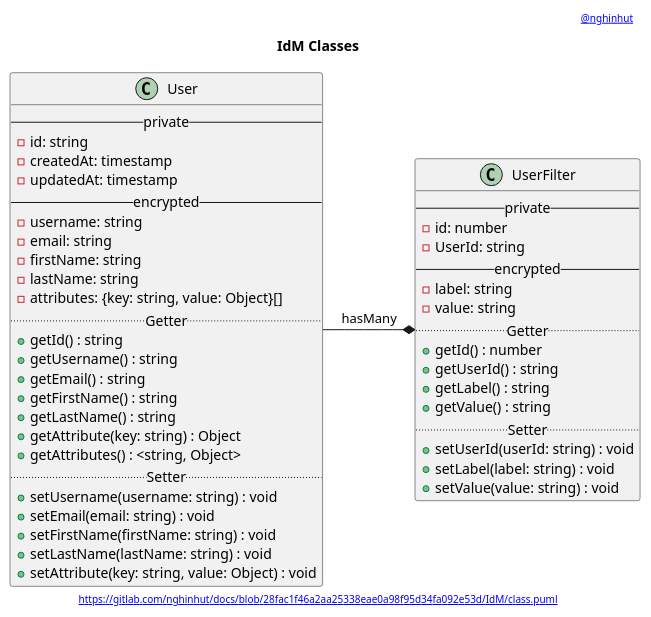
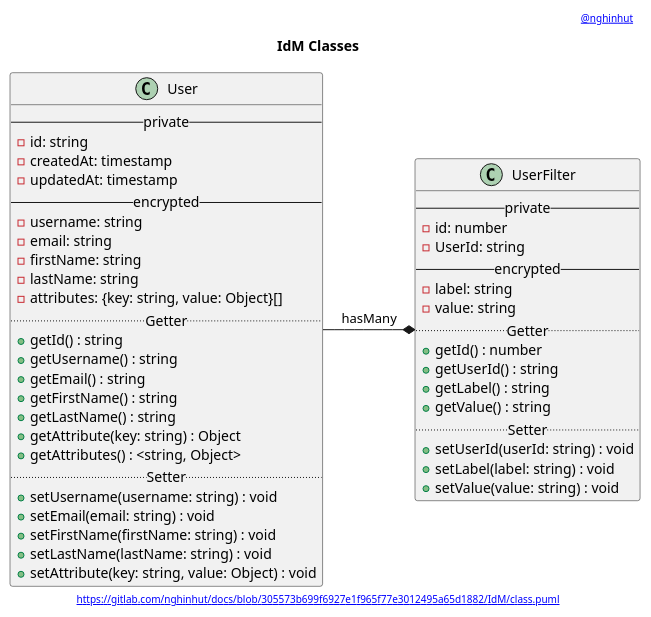
The diagram in IdM/class.puml (nghinhut/docs), drawn with PlantUML before and after one commit. The commit also changed 17 other files, not shown here.

Commit message:
Update diagrams

```diff
--- a/IdM/class.puml
+++ b/IdM/class.puml
@@ -1,56 +1,56 @@
 @startuml
 '-----START auto generated metadata please keep comment here to allow auto update-----
 '-----DON'T EDIT THIS SECTION, INSTEAD RE-RUN prebuild.sh TO UPDATE-----
-header [[www.nghinhut.dev?from=http%5C%3A%5C%2F%5C%2Fwww%5C.plantuml%5C.com%5C%2Fplantuml%5C%2Fproxy%3Ffmt%3Dsvg%5C%26src%3Dhttps%5C%3A%5C%2F%5C%2Fgitlab%5C.com%5C%2Fnghinhut%5C%2Fdocs%5C%2Fraw%5C%2F28fac1f46a2aa25338eae0a98f95d34fa092e53d%5C%2FIdM%5C%2Fclass%5C.puml%0A @nghinhut]]
-footer [[http://www.plantuml.com/plantuml/proxy?fmt=svg&src=https://gitlab.com/nghinhut/docs/raw/28fac1f46a2aa25338eae0a98f95d34fa092e53d/IdM/class.puml https://gitlab.com/nghinhut/docs/blob/28fac1f46a2aa25338eae0a98f95d34fa092e53d/IdM/class.puml]]
+header [[www.nghinhut.dev?from=http%5C%3A%5C%2F%5C%2Fwww%5C.plantuml%5C.com%5C%2Fplantuml%5C%2Fproxy%3Ffmt%3Dsvg%5C%26src%3Dhttps%5C%3A%5C%2F%5C%2Fgitlab%5C.com%5C%2Fnghinhut%5C%2Fdocs%5C%2Fraw%5C%2F305573b699f6927e1f965f77e3012495a65d1882%5C%2FIdM%5C%2Fclass%5C.puml%0A @nghinhut]]
+footer [[http://www.plantuml.com/plantuml/proxy?fmt=svg&src=https://gitlab.com/nghinhut/docs/raw/305573b699f6927e1f965f77e3012495a65d1882/IdM/class.puml https://gitlab.com/nghinhut/docs/blob/305573b699f6927e1f965f77e3012495a65d1882/IdM/class.puml]]
 '-----END auto generated metadata please keep comment here to allow auto update-----
 title IdM Classes
 
 class "User" as user {
     -- private --
     - id: string
     - createdAt: timestamp
     - updatedAt: timestamp
     -- encrypted --
     - username: string
     - email: string
     - firstName: string
     - lastName: string
     - attributes: {key: string, value: Object}[]
     .. Getter ..
     + getId() : string
     + getUsername() : string
     + getEmail() : string
     + getFirstName() : string
     + getLastName() : string
     + getAttribute(key: string) : Object
     + getAttributes() : <string, Object>
     .. Setter ..
     + setUsername(username: string) : void
     + setEmail(email: string) : void
     + setFirstName(firstName: string) : void
     + setLastName(lastName: string) : void
     + setAttribute(key: string, value: Object) : void
 }
 
 class "UserFilter" as user_filter {
     -- private --
     - id: number
     - UserId: string
     -- encrypted --
     - label: string
     - value: string
     .. Getter ..
     + getId() : number
     + getUserId() : string
     + getLabel() : string
     + getValue() : string
     .. Setter ..
     + setUserId(userId: string) : void
     + setLabel(label: string) : void
     + setValue(value: string) : void
 }
 
 user -* user_filter : hasMany
 
 @enduml
```
